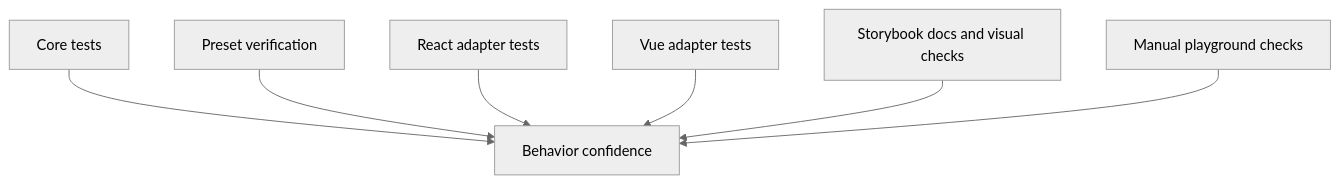
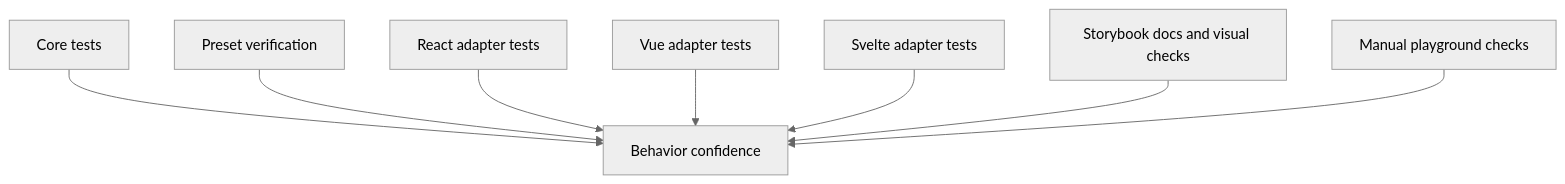
The first of 2 diagrams in docs/reference/testing.md (niklas-westman/marwes), drawn with Mermaid (neutral theme) before and after one commit. The commit also changed other lines of this file and 947 other files, not shown here.

````diff
--- a/docs/reference/testing.md
+++ b/docs/reference/testing.md
@@ -13,9 +13,10 @@
 ```mermaid
 graph TD
   Core[Core tests] --> Confidence[Behavior confidence]
   Presets[Preset verification] --> Confidence
   React[React adapter tests] --> Confidence
   Vue[Vue adapter tests] --> Confidence
+  Svelte[Svelte adapter tests] --> Confidence
   Storybook[Storybook docs and visual checks] --> Confidence
   Playground[Manual playground checks] --> Confidence
 ```
````
